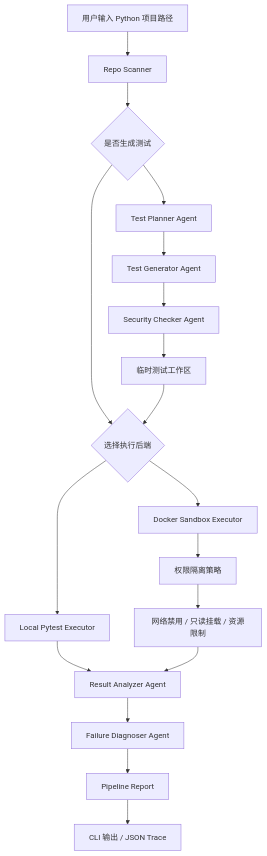
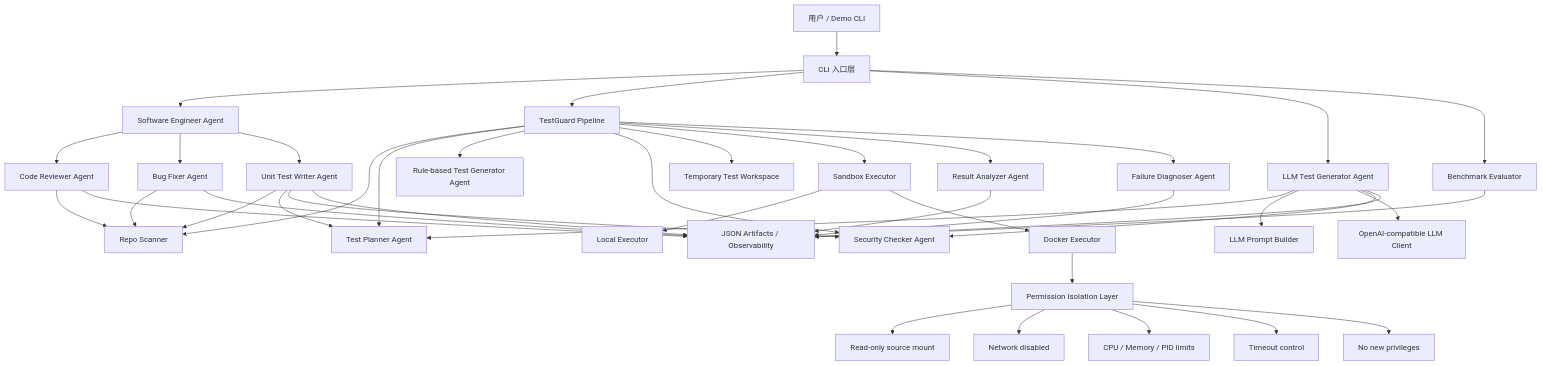
Before and after one commit to Isaacsen/cs599-project: the first of 3 diagrams in docs/architecture.md, drawn with Mermaid. The commit also changed other lines of this file and 4 other files, not shown here.

Commit message:
Redesign architecture for software engineer agent

````diff
--- a/docs/architecture.md
+++ b/docs/architecture.md
@@ -5,20 +19,51 @@
 ```mermaid
 flowchart TD
-    A["用户输入 Python 项目路径"] --> B["Repo Scanner"]
-    B --> C{"是否生成测试"}
-    C --> D["Test Planner Agent"]
-    D --> E["Test Generator Agent"]
-    E --> P["Security Checker Agent"]
-    P --> N["临时测试工作区"]
-    C --> F{"选择执行后端"}
-    N --> F
-    F --> G["Local Pytest Executor"]
-    F --> H["Docker Sandbox Executor"]
-    H --> I["权限隔离策略"]
-    I --> J["网络禁用 / 只读挂载 / 资源限制"]
-    G --> K["Result Analyzer Agent"]
-    J --> K
-    K --> O["Failure Diagnoser Agent"]
-    O --> L["Pipeline Report"]
-    L --> M["CLI 输出 / JSON Trace"]
+    U["用户 / Demo CLI"] --> CLI["CLI 入口层"]
+
+    CLI --> SE["Software Engineer Agent"]
+    CLI --> TG["TestGuard Pipeline"]
+    CLI --> LLMG["LLM Test Generator Agent"]
+    CLI --> BM["Benchmark Evaluator"]
+
+    SE --> CR["Code Reviewer Agent"]
+    SE --> BF["Bug Fixer Agent"]
+    SE --> UT["Unit Test Writer Agent"]
+
+    TG --> RP["Repo Scanner"]
+    TG --> TP["Test Planner Agent"]
+    TG --> RTG["Rule-based Test Generator Agent"]
+    TG --> SC["Security Checker Agent"]
+    TG --> WS["Temporary Test Workspace"]
+    TG --> SX["Sandbox Executor"]
+    TG --> RA["Result Analyzer Agent"]
+    TG --> FD["Failure Diagnoser Agent"]
+
+    LLMG --> TP
+    LLMG --> PB["LLM Prompt Builder"]
+    LLMG --> LC["OpenAI-compatible LLM Client"]
+    LLMG --> SC
+
+    CR --> RP
+    BF --> RP
+    UT --> RP
+    UT --> TP
+    UT --> SC
+
+    SX --> LE["Local Executor"]
+    SX --> DE["Docker Executor"]
+    DE --> ISO["Permission Isolation Layer"]
+
+    ISO --> I1["Read-only source mount"]
+    ISO --> I2["Network disabled"]
+    ISO --> I3["CPU / Memory / PID limits"]
+    ISO --> I4["Timeout control"]
+    ISO --> I5["No new privileges"]
+
+    CR --> OBS["JSON Artifacts / Observability"]
+    BF --> OBS
+    UT --> OBS
+    LLMG --> OBS
+    RA --> OBS
+    FD --> OBS
+    BM --> OBS
 ```
````
